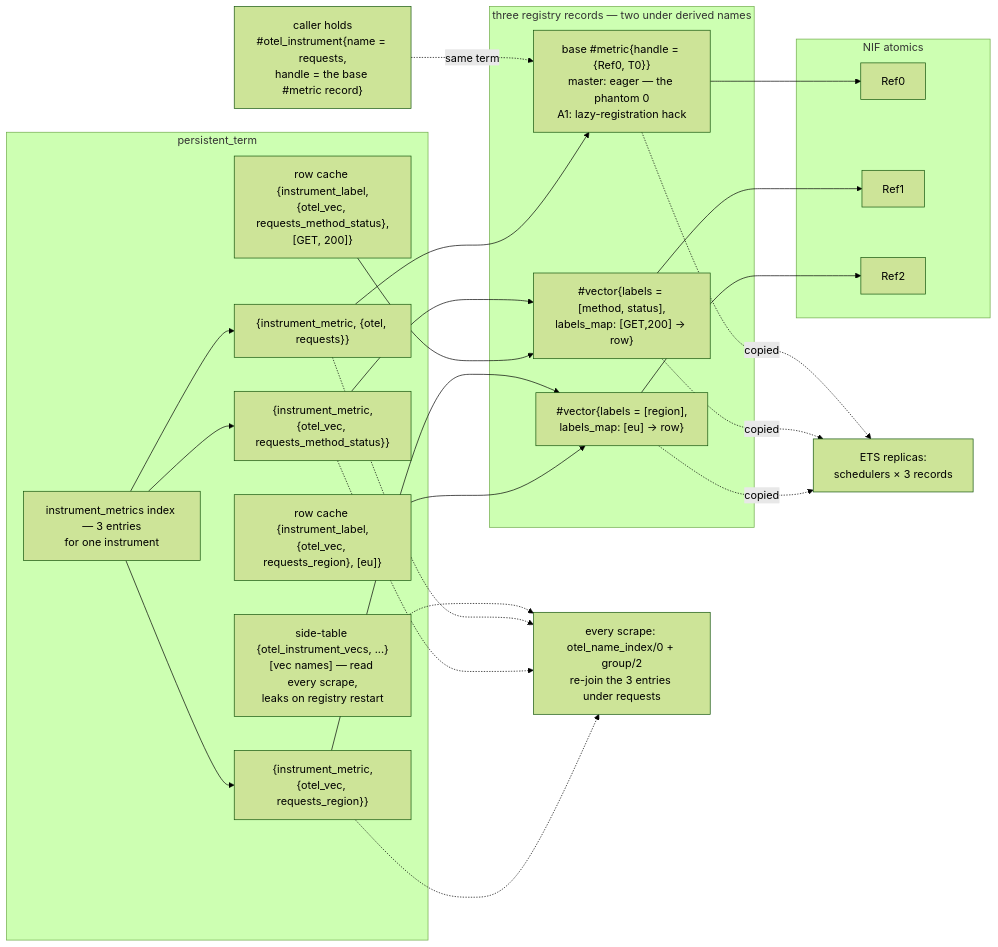
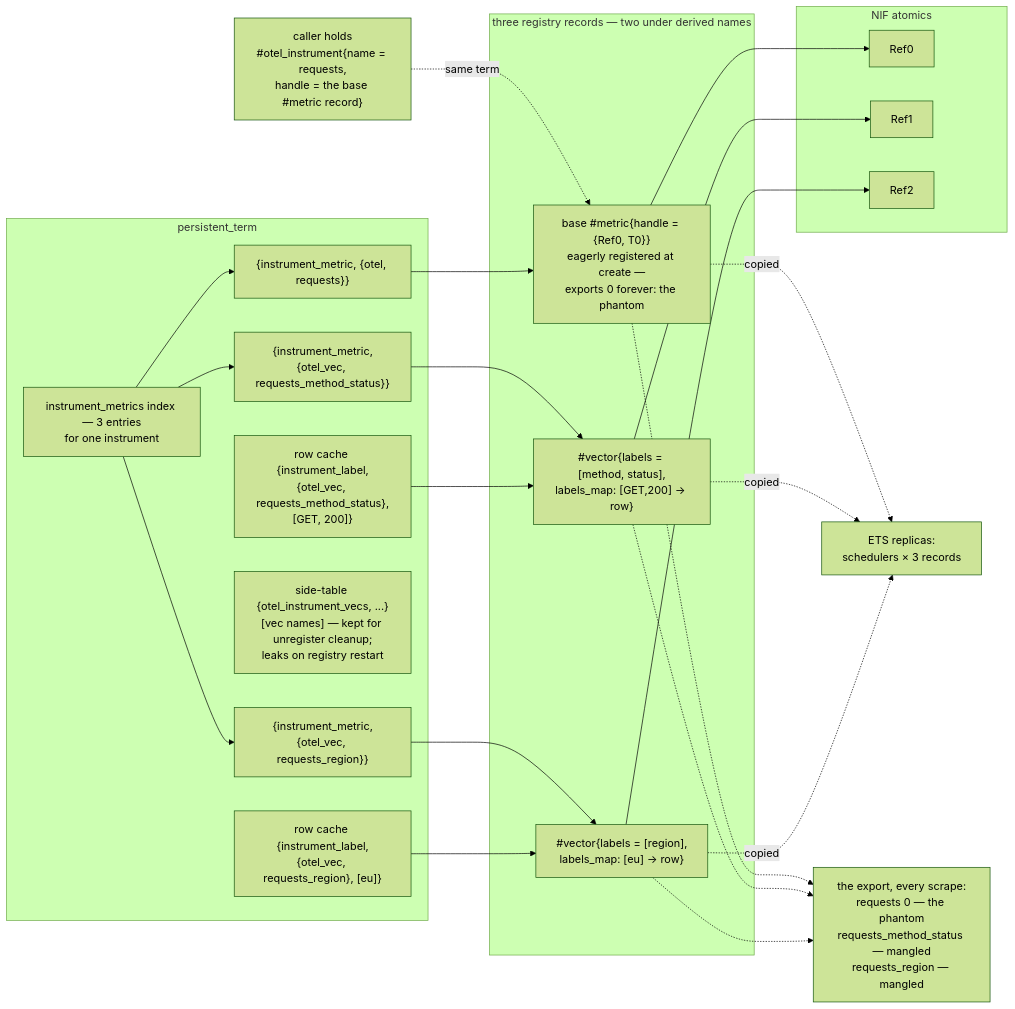
One commit to velimir/instrument changed the first of 17 diagrams in docs/superpowers/specs/2026-06-10-meter-row-store-design.md. Above: the diagram before and after it, drawn with Mermaid (forest theme). The commit also changed other lines of this file and 4 other files, not shown here.

````diff
--- a/docs/superpowers/specs/2026-06-10-meter-row-store-design.md
+++ b/docs/superpowers/specs/2026-06-10-meter-row-store-design.md
@@ -34,50 +31,49 @@
 ```mermaid
 flowchart LR
   OI["caller holds<br/>#otel_instrument{name = requests,<br/>handle = the base #metric record}"]
 
   subgraph PT["persistent_term"]
     IDX["instrument_metrics index — 3 entries<br/>for one instrument"]
     PM0["{instrument_metric, {otel, requests}}"]
     PM1["{instrument_metric,<br/>{otel_vec, requests_method_status}}"]
     PM2["{instrument_metric,<br/>{otel_vec, requests_region}}"]
-    VL["side-table {otel_instrument_vecs, ...}<br/>[vec names] — read every scrape,<br/>leaks on registry restart"]
+    VL["side-table {otel_instrument_vecs, ...}<br/>[vec names] — kept for unregister cleanup;<br/>leaks on registry restart"]
     CV1["row cache {instrument_label,<br/>{otel_vec, requests_method_status},<br/>[GET, 200]}"]
     CV2["row cache {instrument_label,<br/>{otel_vec, requests_region}, [eu]}"]
   end
 
   subgraph RECS["three registry records — two under derived names"]
-    B["base #metric{handle = {Ref0, T0}}<br/>master: eager — the phantom 0<br/>A1: lazy-registration hack"]
+    B["base #metric{handle = {Ref0, T0}}<br/>eagerly registered at create —<br/>exports 0 forever: the phantom"]
     V1["#vector{labels = [method, status],<br/>labels_map: [GET,200] → row}"]
     V2["#vector{labels = [region],<br/>labels_map: [eu] → row}"]
   end
 
   subgraph NIFS["NIF atomics"]
-    A0["Ref0"]
-    A1n["Ref1"]
-    A2n["Ref2"]
+    Rf0["Ref0"]
+    Rf1["Ref1"]
+    Rf2["Ref2"]
   end
 
   ETS["ETS replicas:<br/>schedulers × 3 records"]
 
-  GRP["every scrape: otel_name_index/0 + group/2<br/>re-join the 3 entries under requests"]
+  OUT["the export, every scrape:<br/>requests 0 — the phantom<br/>requests_method_status — mangled<br/>requests_region — mangled"]
 
   OI -. same term .-> B
   IDX --> PM0
   IDX --> PM1
   IDX --> PM2
   PM0 --> B
   PM1 --> V1
   PM2 --> V2
-  B --> A0
-  V1 --> A1n
-  V2 --> A2n
+  B --> Rf0
+  V1 --> Rf1
+  V2 --> Rf2
   CV1 --> V1
   CV2 --> V2
-  VL -.-> GRP
-  PM0 -.-> GRP
-  PM1 -.-> GRP
-  PM2 -.-> GRP
+  B -.-> OUT
+  V1 -.-> OUT
+  V2 -.-> OUT
   B -. copied .-> ETS
   V1 -. copied .-> ETS
   V2 -. copied .-> ETS
 ```
````
